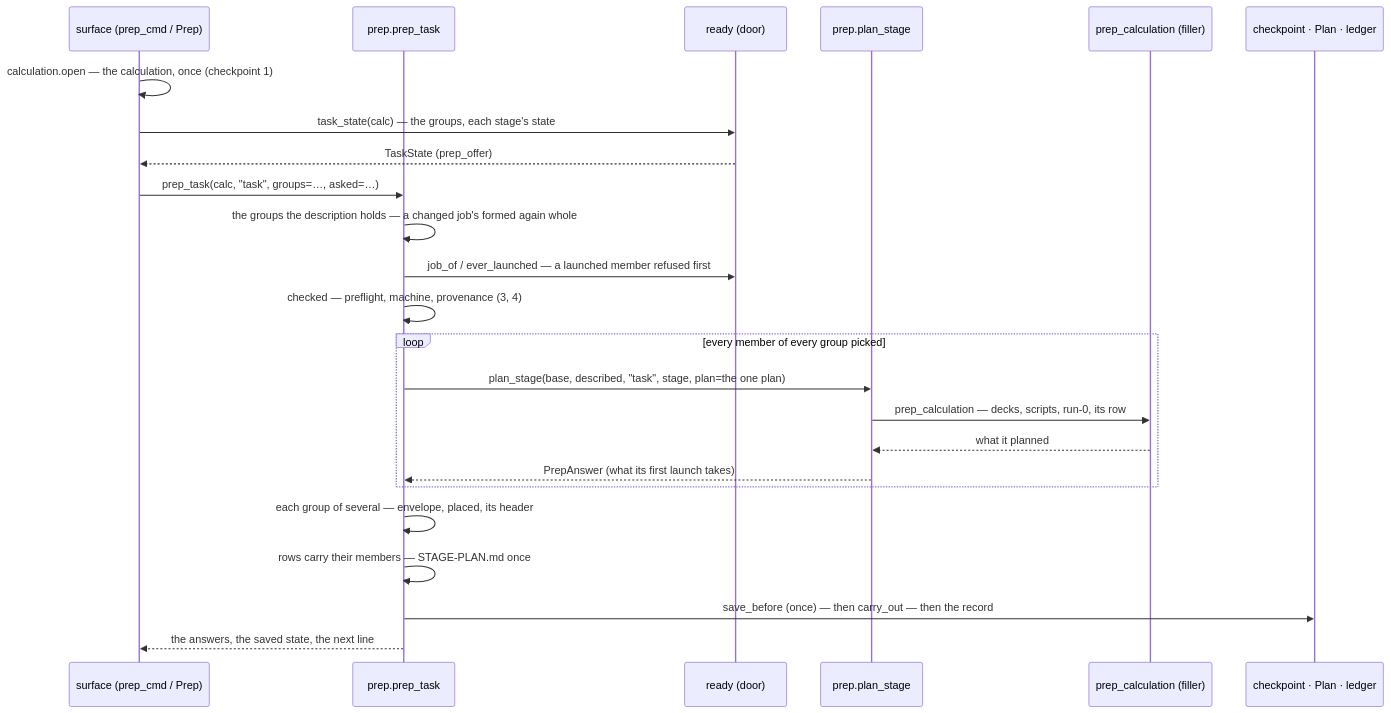
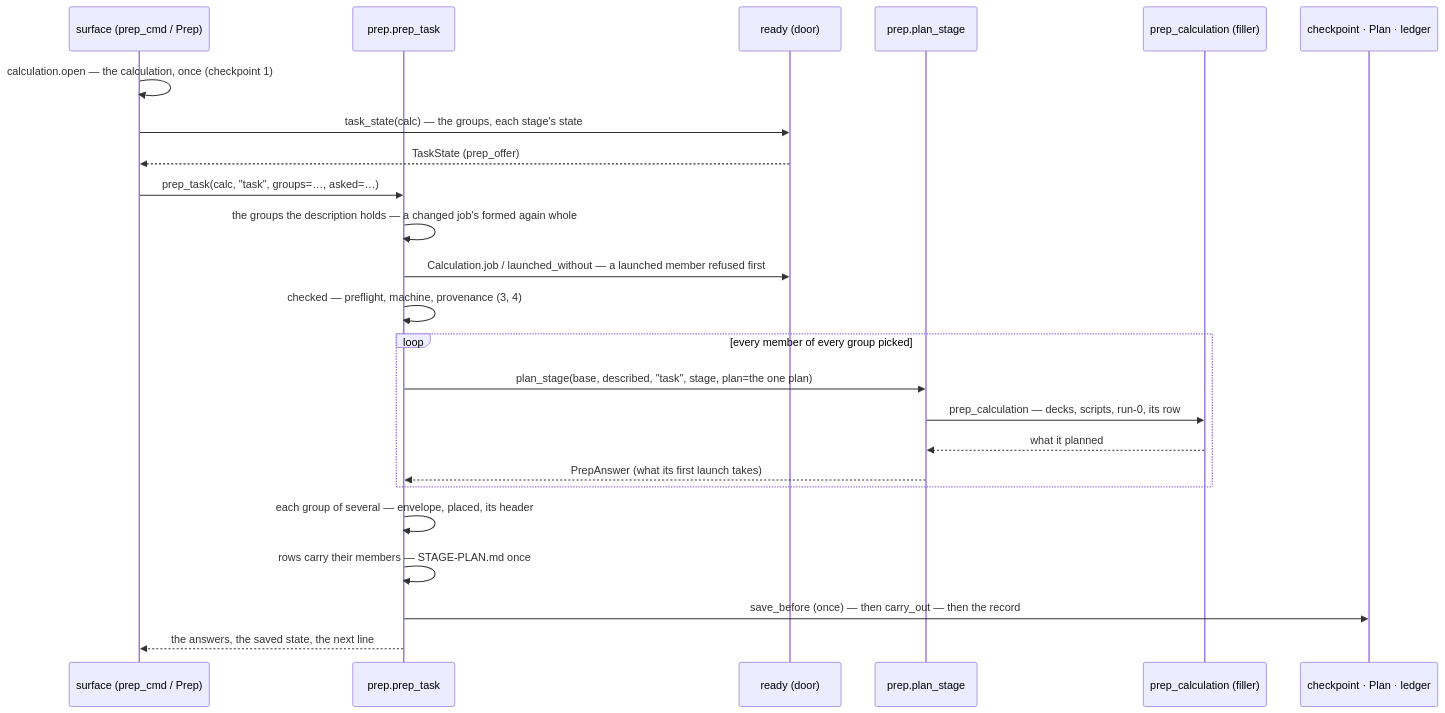
Diagram 18 of 19 in docs/execution/job-system.md (Qing-LAB/molbuilder), drawn with Mermaid before and after one commit. The commit also changed other lines of this file and 106 other files, not shown here.

````diff
--- a/docs/execution/job-system.md
+++ b/docs/execution/job-system.md
@@ -3252,26 +3254,26 @@
 ```mermaid
 sequenceDiagram
     participant S as surface (prep_cmd / Prep)
     participant E as prep.prep_task
     participant R as ready (door)
     participant P as prep.plan_stage
     participant F as prep_calculation (filler)
     participant X as checkpoint · Plan · ledger
     S->>S: calculation.open — the calculation, once (checkpoint 1)
     S->>R: task_state(calc) — the groups, each stage's state
     R-->>S: TaskState (prep_offer)
     S->>E: prep_task(calc, "task", groups=…, asked=…)
     E->>E: the groups the description holds — a changed job's formed again whole
-    E->>R: job_of / ever_launched — a launched member refused first
+    E->>R: Calculation.job / launched_without — a launched member refused first
     E->>E: checked — preflight, machine, provenance (3, 4)
     loop every member of every group picked
         E->>P: plan_stage(base, described, "task", stage, plan=the one plan)
         P->>F: prep_calculation — decks, scripts, run-0, its row
         F-->>P: what it planned
         P-->>E: PrepAnswer (what its first launch takes)
     end
     E->>E: each group of several — envelope, placed, its header
     E->>E: rows carry their members — STAGE-PLAN.md once
     E->>X: save_before (once) — then carry_out — then the record
     E-->>S: the answers, the saved state, the next line
 ```
````
